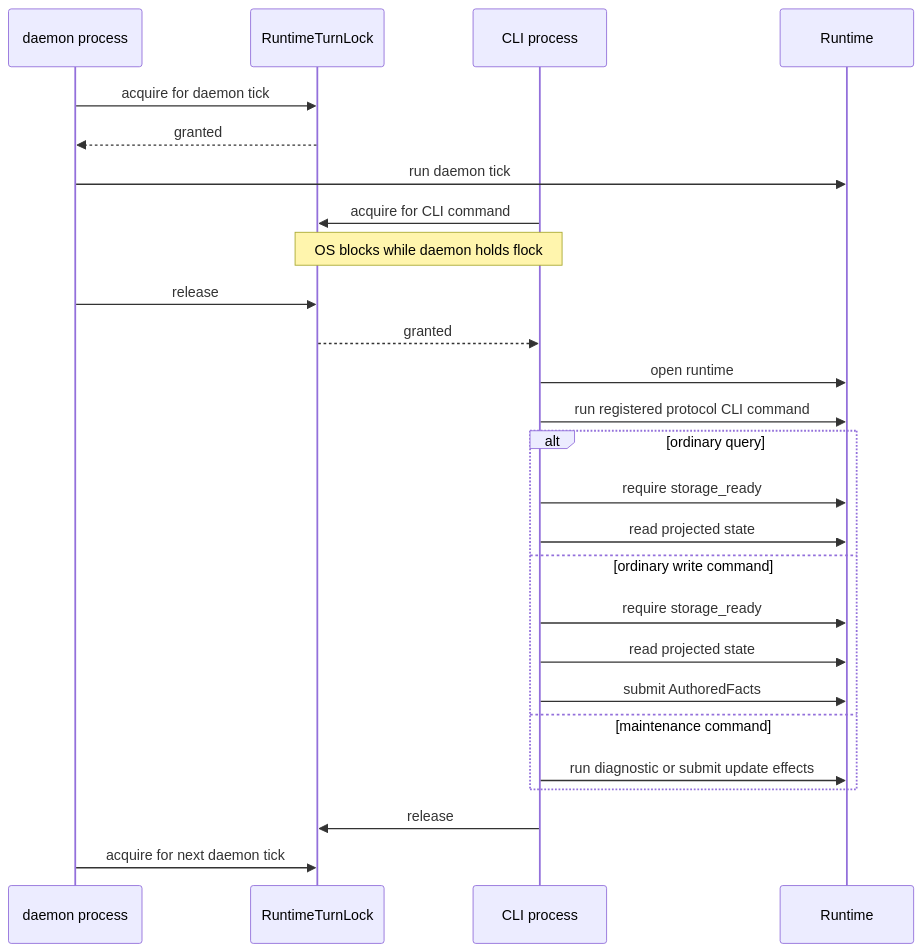
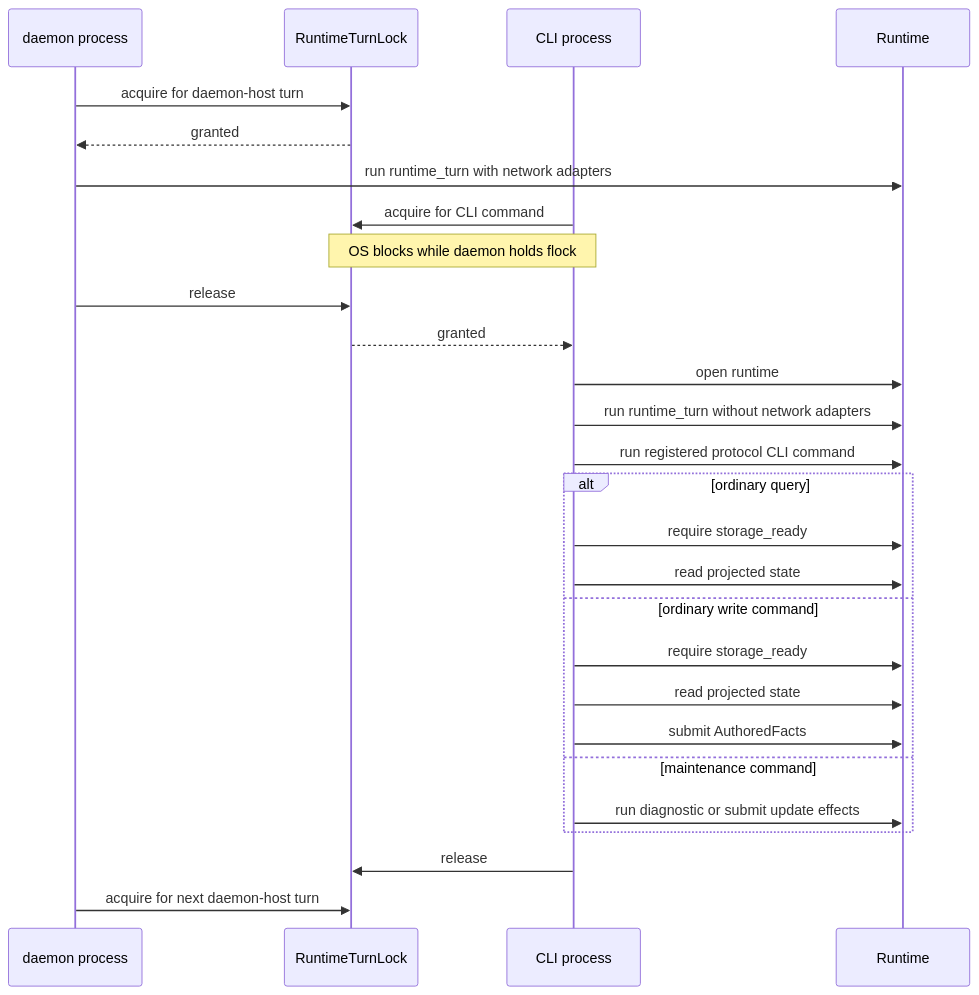
The fifth of 10 diagrams in ARCHITECTURE_DIAGRAMS.md (holmesworcester/poc-10), drawn with Mermaid before and after one commit. The commit also changed other lines of this file, not shown here.

Commit message:
Update architecture diagrams for runtime turns

````diff
--- a/ARCHITECTURE_DIAGRAMS.md
+++ b/ARCHITECTURE_DIAGRAMS.md
@@ -289,29 +289,30 @@
 ```mermaid
 sequenceDiagram
     participant D as daemon process
     participant L as RuntimeTurnLock
     participant C as CLI process
     participant R as Runtime
 
-    D->>L: acquire for daemon tick
+    D->>L: acquire for daemon-host turn
     L-->>D: granted
-    D->>R: run daemon tick
+    D->>R: run runtime_turn with network adapters
     C->>L: acquire for CLI command
     Note over C,L: OS blocks while daemon holds flock
     D->>L: release
     L-->>C: granted
     C->>R: open runtime
+    C->>R: run runtime_turn without network adapters
     C->>R: run registered protocol CLI command
     alt ordinary query
         C->>R: require storage_ready
         C->>R: read projected state
     else ordinary write command
         C->>R: require storage_ready
         C->>R: read projected state
         C->>R: submit AuthoredFacts
     else maintenance command
         C->>R: run diagnostic or submit update effects
     end
     C->>L: release
-    D->>L: acquire for next daemon tick
+    D->>L: acquire for next daemon-host turn
 ```
````
